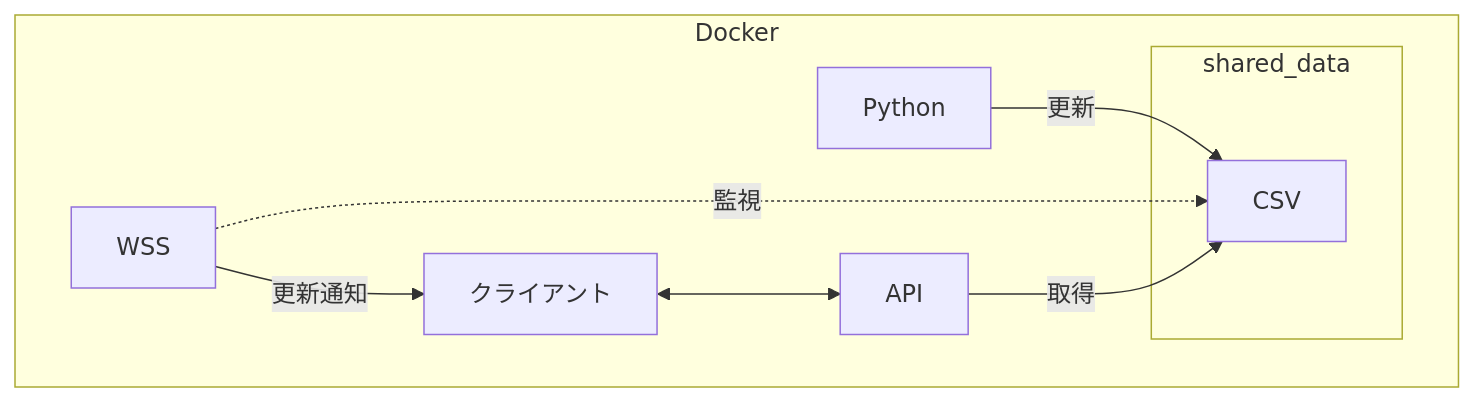
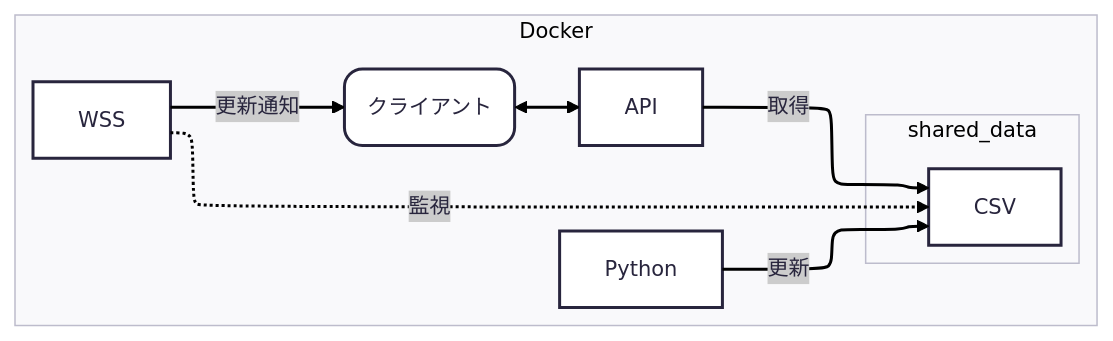
One commit to RyOkEeeesh/io21 changed the first of 2 diagrams in kadai06/README.md. Above: the diagram before and after it, drawn with Mermaid. The commit also changed other lines of this file, not shown here.

````diff
--- a/kadai06/README.md
+++ b/kadai06/README.md
@@ -23,18 +14,29 @@
 ```mermaid
-  flowchart LR
-    subgraph Docker
+---
+config:
+  theme: redux
+  layout: elk
+---
+flowchart LR
+ subgraph shared_data["shared_data"]
+        CSV["CSV"]
+  end
+ subgraph Docker["Docker"]
     direction LR
-      subgraph shared_data
-      CSV
-      end
-    Python --更新--> CSV
-    WSS -.監視.-> CSV
-    WSS --更新通知--> クライアント <--> API
-    API --取得--> CSV
-    end
+        shared_data
+        Python["Python"]
+        WSS["WSS"]
+        API["API"]
+        クライアント("クライアント")
+  end
+    Python -- 更新 --> CSV
+    WSS -. 監視 .-> CSV
+    WSS -- 更新通知 --> クライアント
+    クライアント <--> API
+    API -- 取得 --> CSV
 
     click Python "https://github.com/RyOkEeeesh/io21/blob/main/kadai06/py/script.py"
     click WSS "https://github.com/RyOkEeeesh/io21/blob/main/kadai06/wss/server.js"
+    click API "https://github.com/RyOkEeeesh/io21/blob/main/kadai06/next/app/api/data/route.ts"
     click クライアント "https://github.com/RyOkEeeesh/io21/blob/main/kadai06/next/app/page.tsx"
-    click API "https://github.com/RyOkEeeesh/io21/blob/main/kadai06/next/app/api/data/route.ts"
 ```
````
